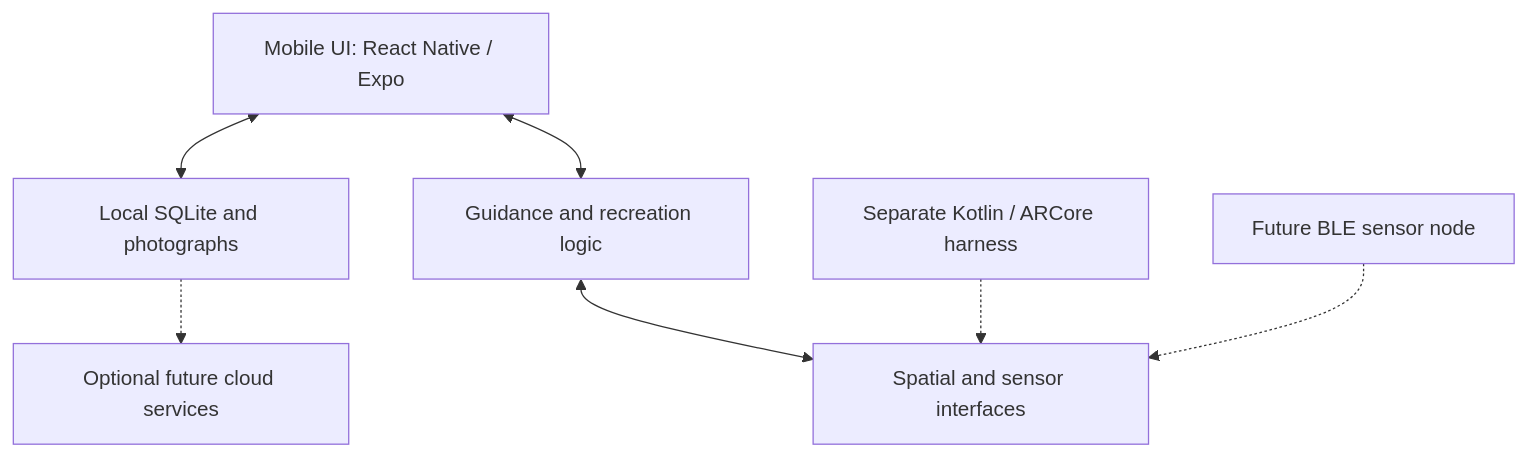
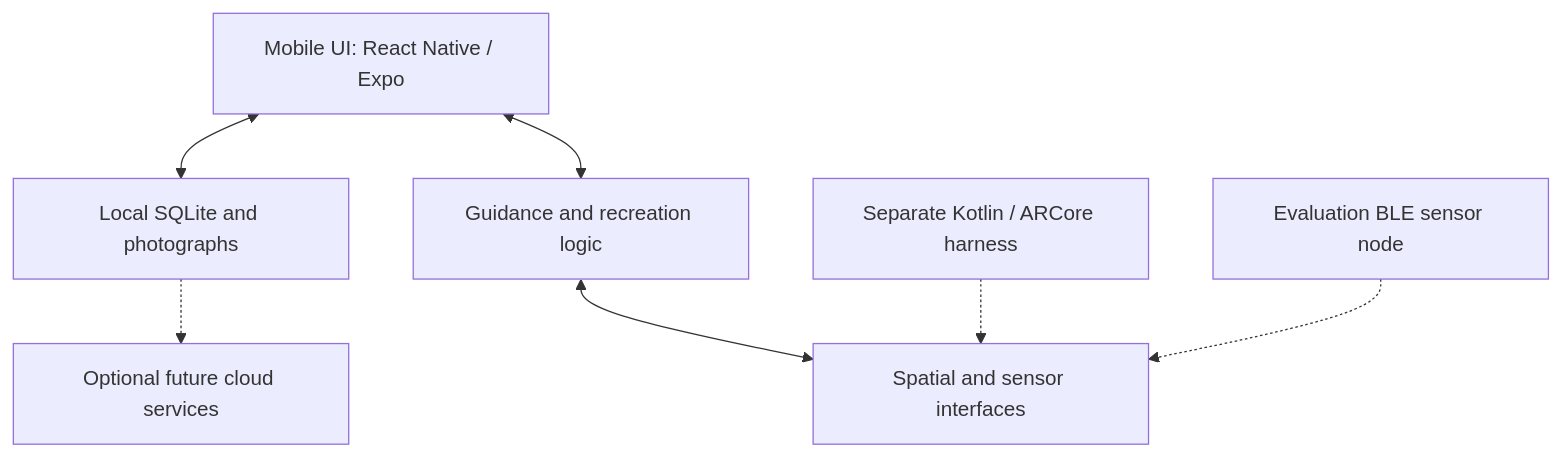
Before and after one commit to V-Vekaria/LightGuide-v2: the diagram in README.md, drawn with Mermaid. The commit also changed other lines of this file, not shown here.

````diff
--- a/README.md
+++ b/README.md
@@ -36,16 +47,16 @@
 ```mermaid
 flowchart TD
   UI["Mobile UI: React Native / Expo"]
   DATA["Local SQLite and photographs"]
   GUIDE["Guidance and recreation logic"]
   PORT["Spatial and sensor interfaces"]
   AR["Separate Kotlin / ARCore harness"]
-  NODE["Future BLE sensor node"]
+  NODE["Evaluation BLE sensor node"]
   CLOUD["Optional future cloud services"]
   UI <--> DATA
   UI <--> GUIDE
   GUIDE <--> PORT
   AR -.-> PORT
   NODE -.-> PORT
   DATA -.-> CLOUD
 ```
````
